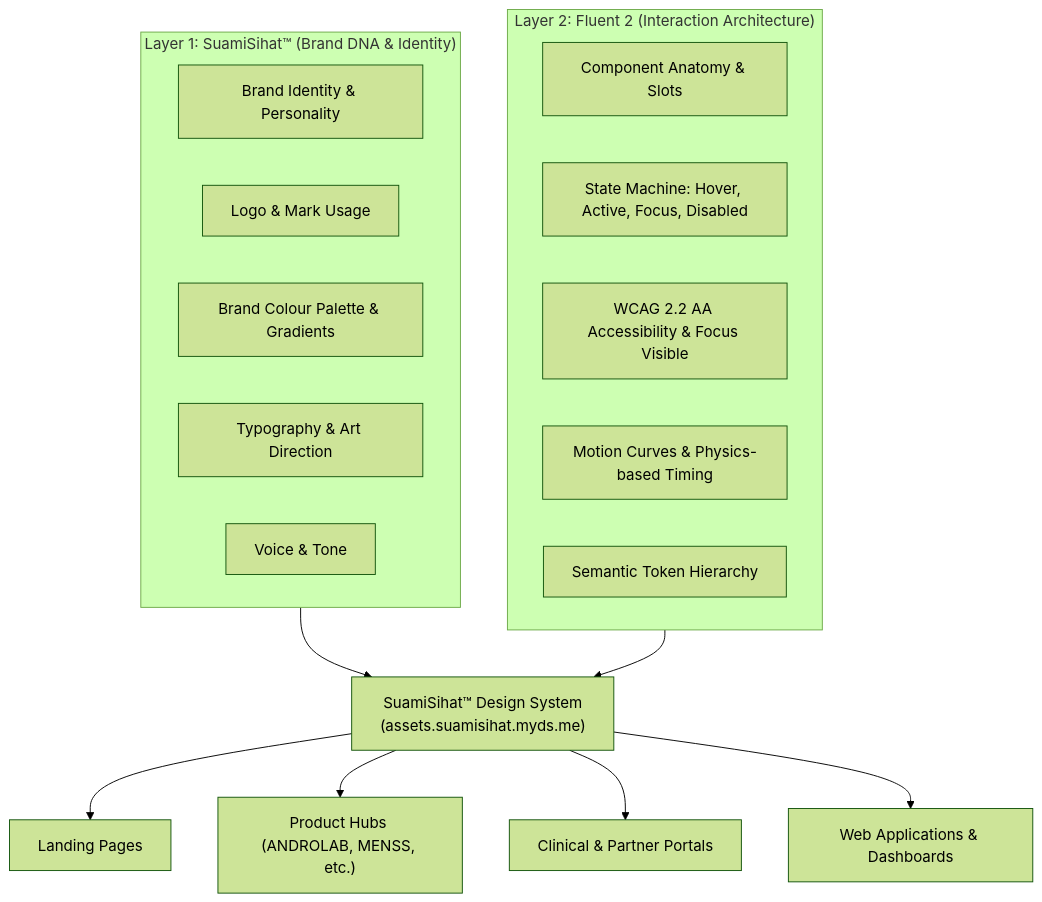
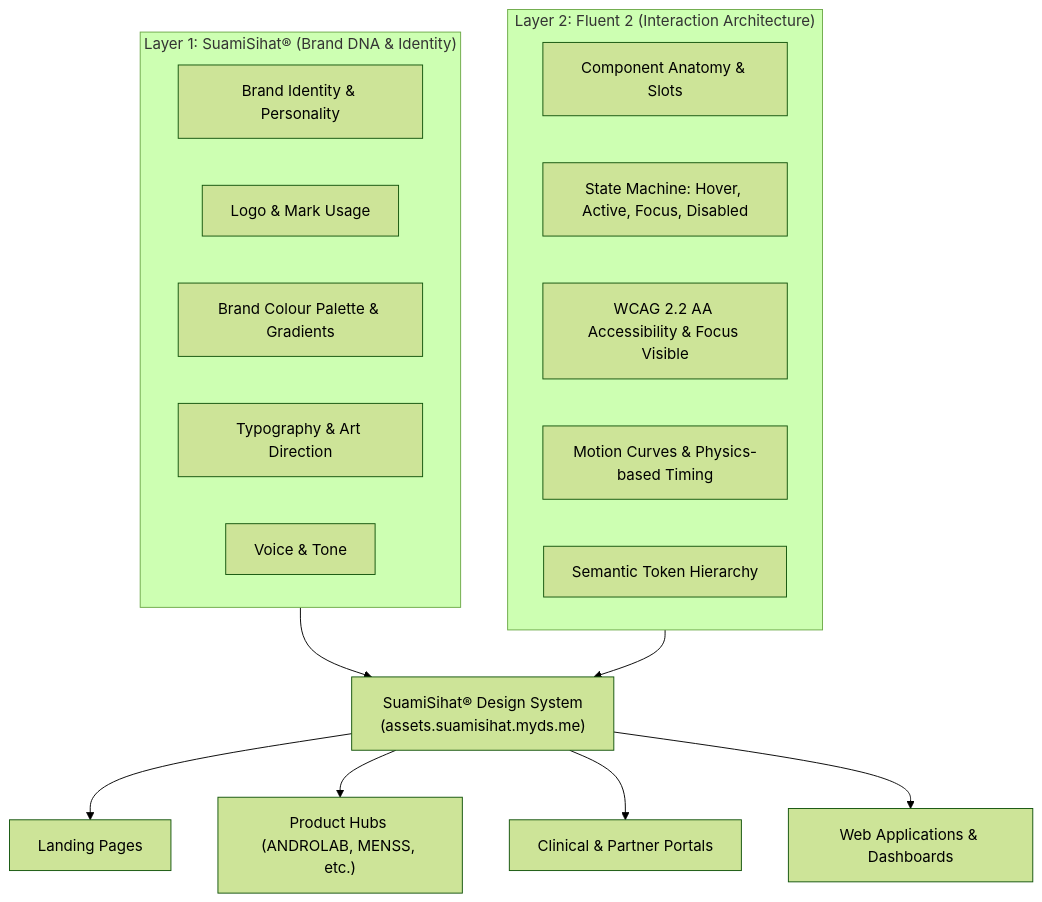
One commit to SuamiSihat/SS-Design-System changed the diagram in static/content/brand-fluent2.md. Above: the diagram before and after it, drawn with Mermaid (forest theme). The commit also changed other lines of this file and 51 other files, not shown here.

First line of the commit message:
brand: SuamiSihat® registered mark, 60% light background, parent company naming

````diff
--- a/static/content/brand-fluent2.md
+++ b/static/content/brand-fluent2.md
@@ -7,26 +7,26 @@
 ```mermaid
 flowchart TD
-    subgraph BrandLayer["Layer 1: SuamiSihat™ (Brand DNA & Identity)"]
+    subgraph BrandLayer["Layer 1: SuamiSihat® (Brand DNA & Identity)"]
         A[Brand Identity & Personality]
         B[Logo & Mark Usage]
         C[Brand Colour Palette & Gradients]
         D[Typography & Art Direction]
         E[Voice & Tone]
     end
 
     subgraph InteractionLayer["Layer 2: Fluent 2 (Interaction Architecture)"]
         F[Component Anatomy & Slots]
         G[State Machine: Hover, Active, Focus, Disabled]
         H[WCAG 2.2 AA Accessibility & Focus Visible]
         I[Motion Curves & Physics-based Timing]
         J[Semantic Token Hierarchy]
     end
 
-    BrandLayer --> System["SuamiSihat™ Design System\n(assets.suamisihat.myds.me)"]
+    BrandLayer --> System["SuamiSihat® Design System\n(assets.suamisihat.myds.me)"]
     InteractionLayer --> System
 
     System --> LandingPage["Landing Pages"]
     System --> Products["Product Hubs (ANDROLAB, MENSS, etc.)"]
     System --> ServicePages["Clinical & Partner Portals"]
     System --> Apps["Web Applications & Dashboards"]
 ```
````
